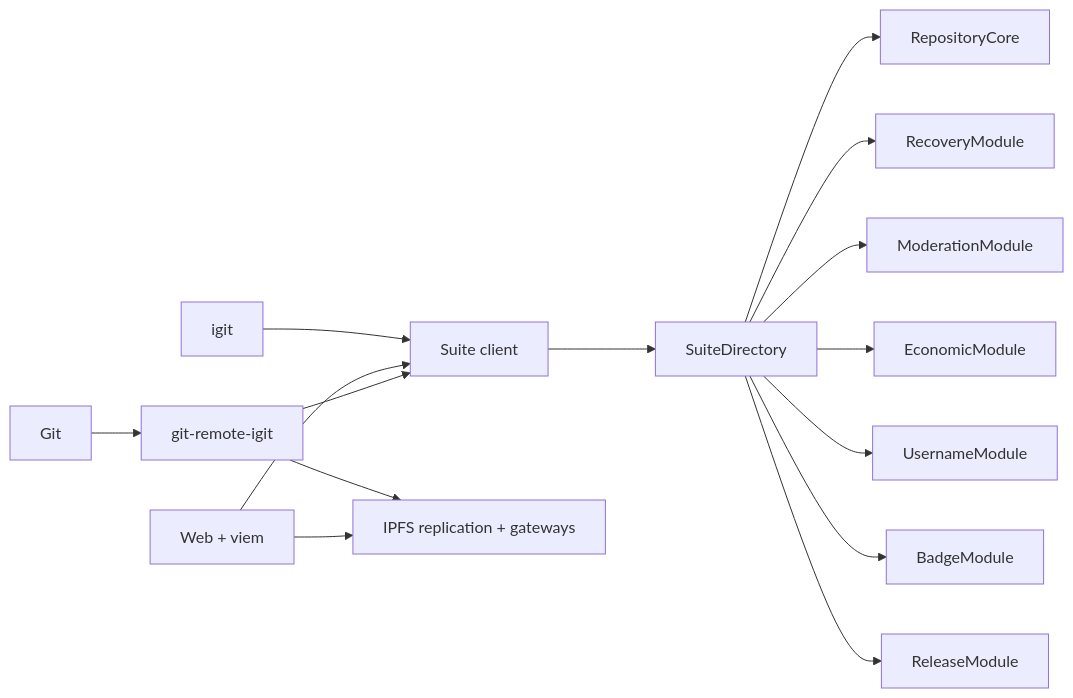
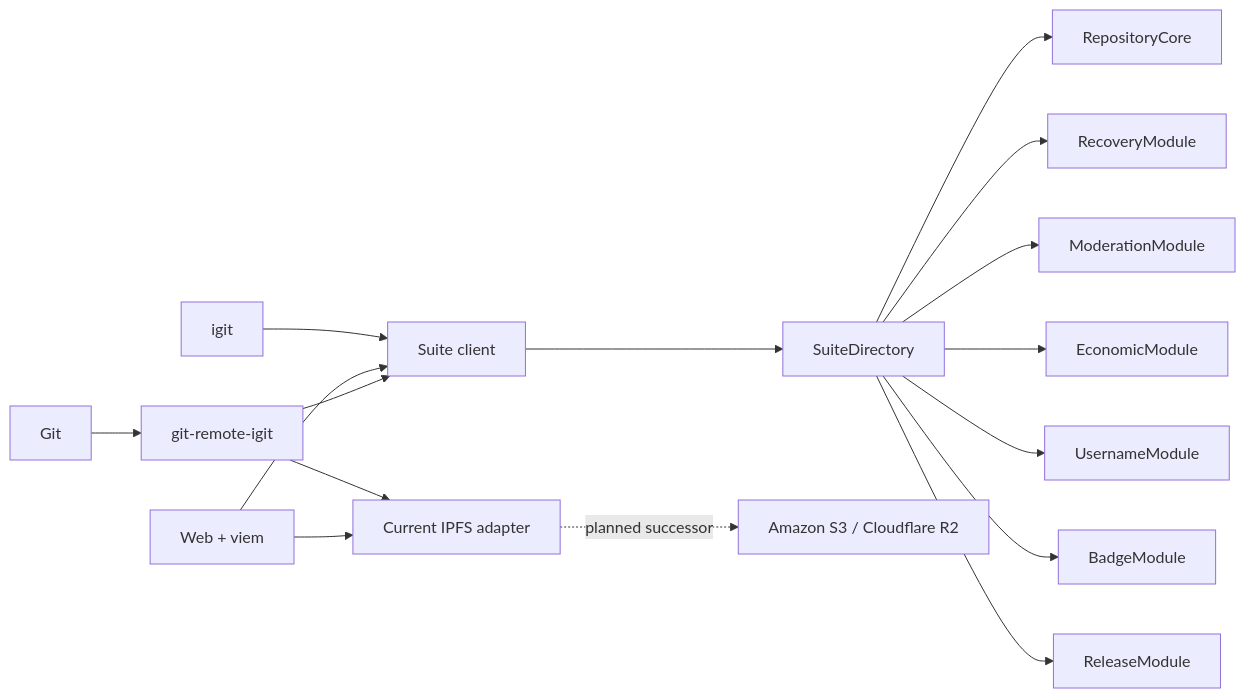
Before and after one commit to Hny0305Lin/next-injective-git: the diagram in docs/architecture.md, drawn with Mermaid. The commit also changed other lines of this file and 14 other files, not shown here.

````diff
--- a/docs/architecture.md
+++ b/docs/architecture.md
@@ -8,17 +13,18 @@
 ```mermaid
 flowchart LR
   Git[Git] --> Helper[git-remote-igit]
   CLI[igit] --> Client[Suite client]
   Web[Web + viem] --> Client
   Helper --> Client
   Client --> Directory[SuiteDirectory]
   Directory --> Core[RepositoryCore]
   Directory --> Recovery[RecoveryModule]
   Directory --> Moderation[ModerationModule]
   Directory --> Economic[EconomicModule]
   Directory --> Username[UsernameModule]
   Directory --> Badge[BadgeModule]
   Directory --> Release[ReleaseModule]
-  Helper --> IPFS[IPFS replication + gateways]
-  Web --> IPFS
+  Helper --> Storage[Current IPFS adapter]
+  Web --> Storage
+  Storage -. planned successor .-> ObjectStorage[Amazon S3 / Cloudflare R2]
 ```
````
